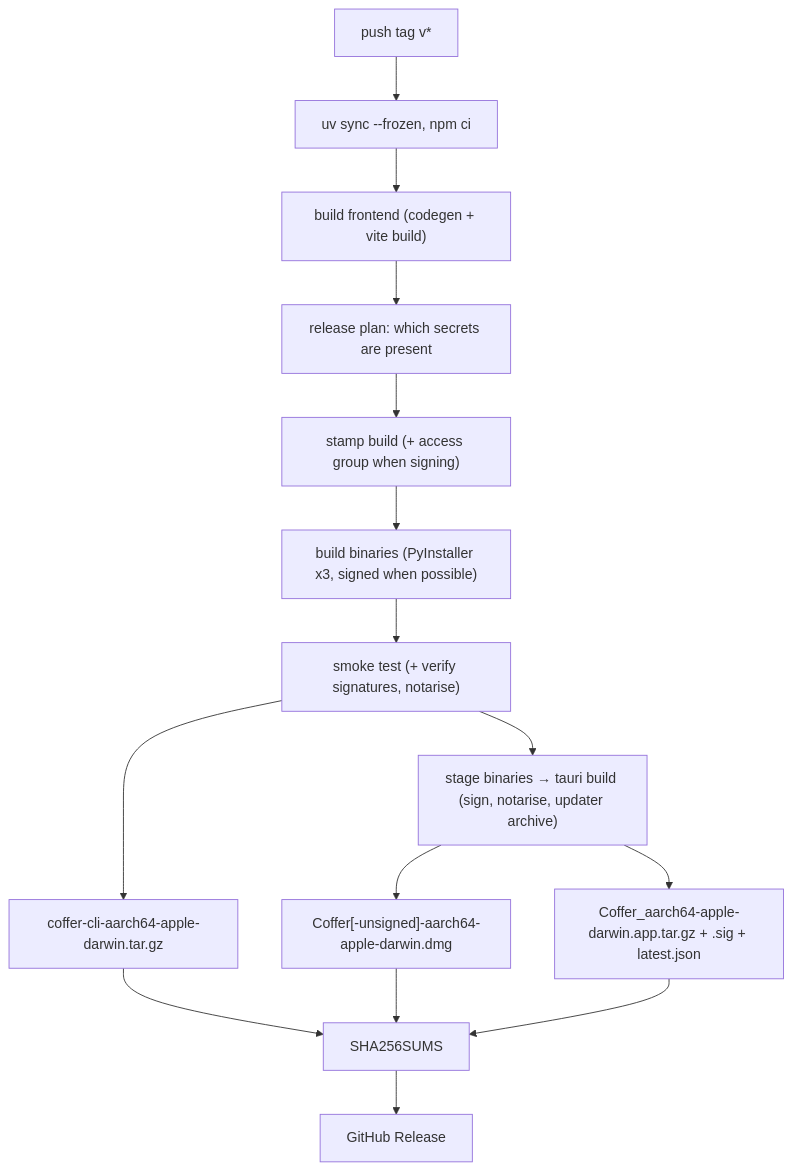
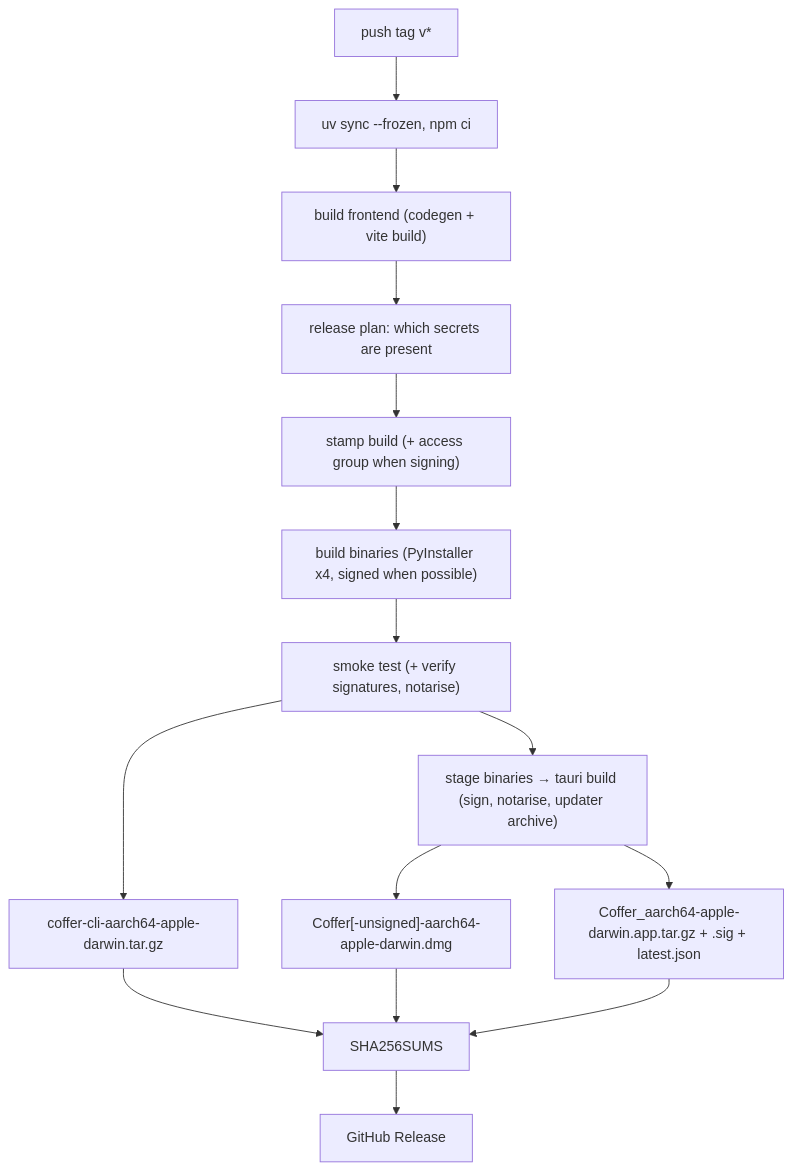
One commit to wyx-sg/Coffer changed the first of 4 diagrams in docs-site/architecture/distribution.md. Above: the diagram before and after it, drawn with Mermaid. The commit also changed other lines of this file and 125 other files, not shown here.

````diff
--- a/docs-site/architecture/distribution.md
+++ b/docs-site/architecture/distribution.md
@@ -65,17 +66,17 @@
 ```mermaid
 flowchart TD
     T["push tag v*"] --> I["uv sync --frozen, npm ci"]
     I --> F["build frontend (codegen + vite build)"]
     F --> P["release plan: which secrets are present"]
     P --> S["stamp build (+ access group when signing)"]
-    S --> B["build binaries (PyInstaller x3, signed when possible)"]
+    S --> B["build binaries (PyInstaller x4, signed when possible)"]
     B --> K["smoke test (+ verify signatures, notarise)"]
     K --> A["coffer-cli-aarch64-apple-darwin.tar.gz"]
     K --> D["stage binaries → tauri build (sign, notarise, updater archive)"]
     D --> G["Coffer[-unsigned]-aarch64-apple-darwin.dmg"]
     D --> U["Coffer_aarch64-apple-darwin.app.tar.gz + .sig + latest.json"]
     A --> H["SHA256SUMS"]
     G --> H
     U --> H
     H --> R["GitHub Release"]
 ```
````
